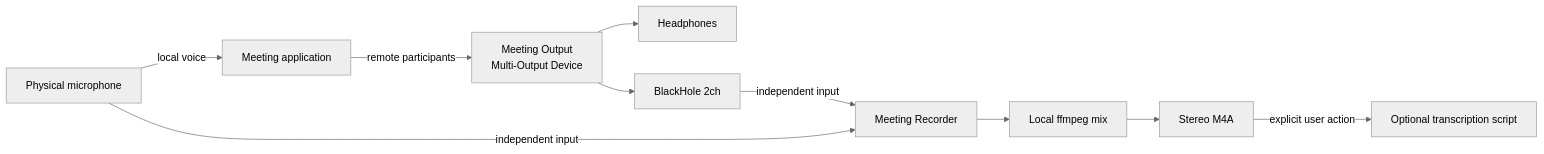
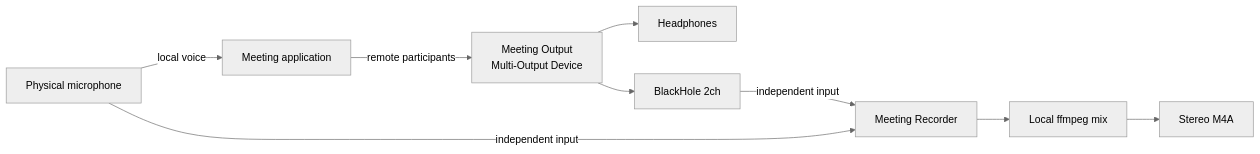
One commit to oocoder/fixaudio changed the diagram in OUTLINE.md. Above: the diagram before and after it, drawn with Mermaid (neutral theme). The commit also changed other lines of this file and 3 other files, not shown here.

````diff
--- a/OUTLINE.md
+++ b/OUTLINE.md
@@ -17,23 +17,21 @@
 ```mermaid
 flowchart LR
     Mic[Physical microphone]
     Meet[Meeting application]
     Output[Meeting Output\nMulti-Output Device]
     Headphones[Headphones]
     BlackHole[BlackHole 2ch]
     Recorder[Meeting Recorder]
     Mixer[Local ffmpeg mix]
     M4A[Stereo M4A]
-    Transcript[Optional transcription script]
 
     Mic -->|local voice| Meet
     Meet -->|remote participants| Output
     Output --> Headphones
     Output --> BlackHole
 
     Mic -->|independent input| Recorder
     BlackHole -->|independent input| Recorder
     Recorder --> Mixer
     Mixer --> M4A
-    M4A -->|explicit user action| Transcript
 ```
````
